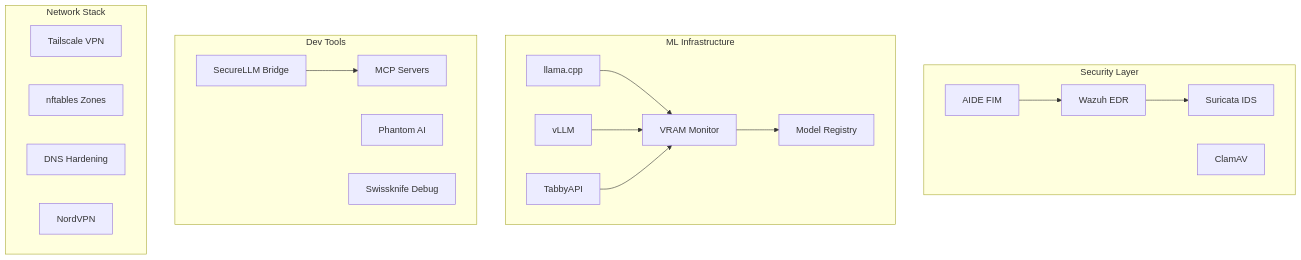
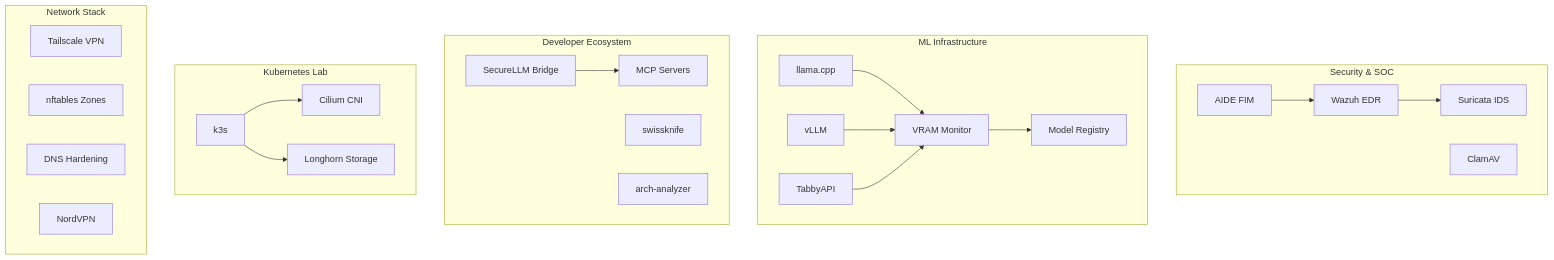
One commit to VoidNxSEC/nixos changed the diagram in README.md. Above: the diagram before and after it, drawn with Mermaid. The commit also changed other lines of this file, not shown here.

````diff
--- a/README.md
+++ b/README.md
@@ -53,39 +51,47 @@
 ```mermaid
 graph TB
-    subgraph "Security Layer"
+    subgraph "Security & SOC"
         AIDE[AIDE FIM]
         ClamAV[ClamAV]
         Wazuh[Wazuh EDR]
         Suricata[Suricata IDS]
     end
 
     subgraph "ML Infrastructure"
         LlamaCPP[llama.cpp]
         vLLM[vLLM]
         TabbyAPI[TabbyAPI]
         VRAM[VRAM Monitor]
         Registry[Model Registry]
     end
 
-    subgraph "Dev Tools"
+    subgraph "Developer Ecosystem"
         SecureLLM[SecureLLM Bridge]
         MCP[MCP Servers]
-        Phantom[Phantom AI]
-        Swissknife[Swissknife Debug]
+        Swissknife[swissknife]
+        ArchAnalyzer[arch-analyzer]
+    end
+
+    subgraph "Kubernetes Lab"
+        K3s[k3s]
+        Cilium[Cilium CNI]
+        Longhorn[Longhorn Storage]
     end
 
     subgraph "Network Stack"
         Tailscale[Tailscale VPN]
         Firewall[nftables Zones]
         DNS[DNS Hardening]
         NordVPN[NordVPN]
     end
 
     LlamaCPP --> VRAM
     vLLM --> VRAM
     TabbyAPI --> VRAM
     VRAM --> Registry
     SecureLLM --> MCP
     Wazuh --> Suricata
     AIDE --> Wazuh
+    K3s --> Cilium
+    K3s --> Longhorn
 ```
````
